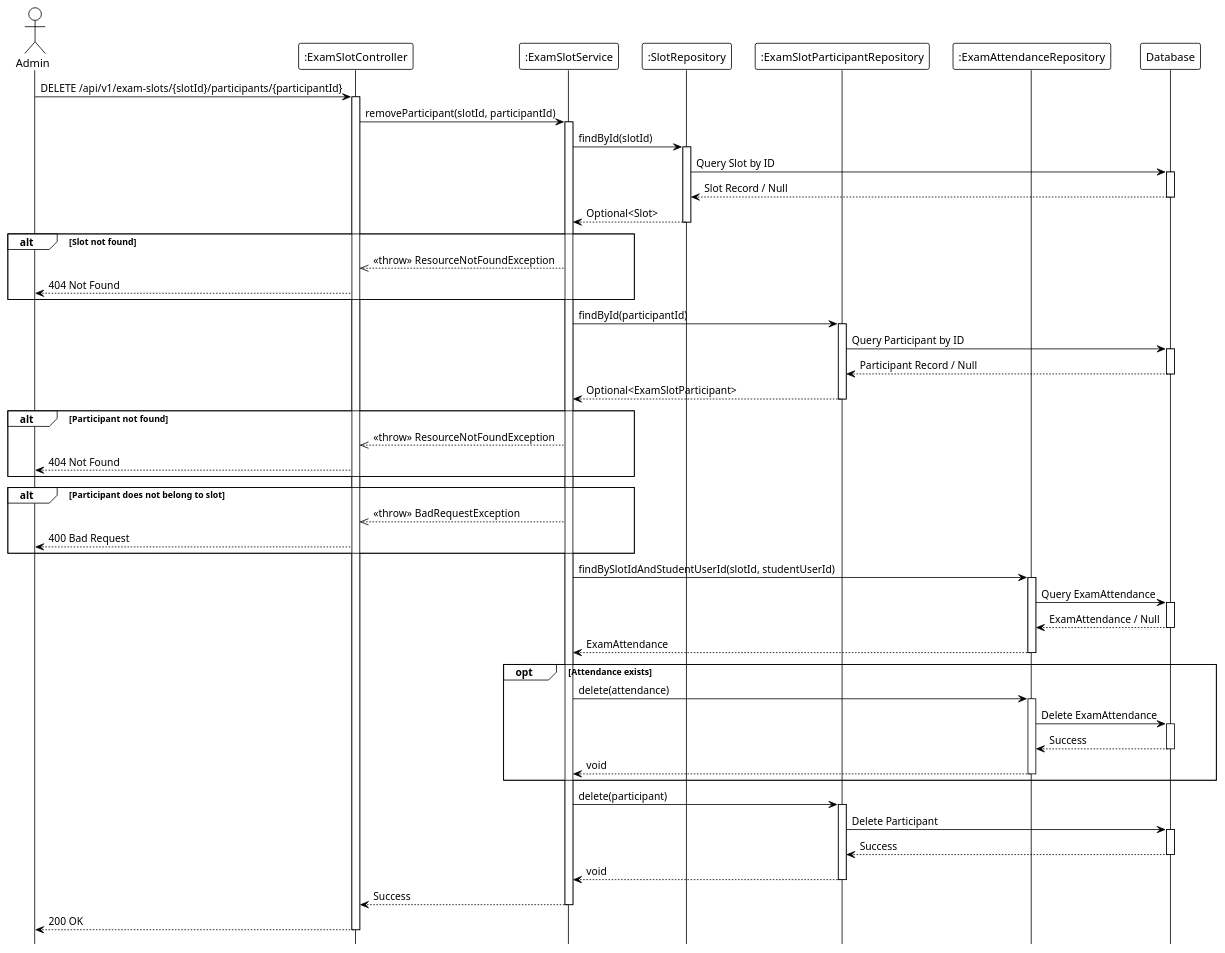
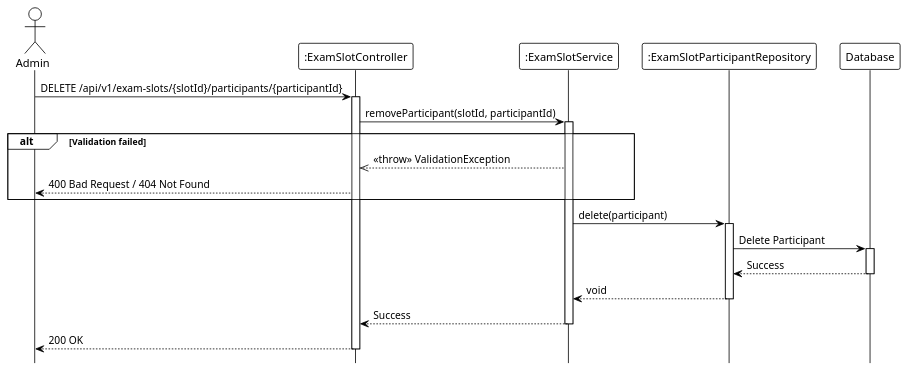
One commit to Ndh474/context changed the diagram in system_detailed_design/40_remove_participant_from_exam_slot/sequence_diagram_remove_participant_from_exam_slot.puml. Above: the diagram before and after it, drawn with PlantUML. The commit also changed 5 other files, not shown here.

First line of the commit message:
docs(diagrams): simplify exam slot participant management diagrams

```diff
--- a/system_detailed_design/40_remove_participant_from_exam_slot/sequence_diagram_remove_participant_from_exam_slot.puml
+++ b/system_detailed_design/40_remove_participant_from_exam_slot/sequence_diagram_remove_participant_from_exam_slot.puml
@@ -1,102 +1,42 @@
 @startuml remove_participant_from_exam_slot
 !theme plain
 hide footbox
 
 actor Admin
 participant ":ExamSlotController" as Controller
 participant ":ExamSlotService" as Service
-participant ":SlotRepository" as SlotRepo
-participant ":ExamSlotParticipantRepository" as ParticipantRepo
-participant ":ExamAttendanceRepository" as AttendanceRepo
+participant ":ExamSlotParticipantRepository" as Repository
 participant "Database" as DB
 
 ' --- MAIN FLOW ---
 Admin -> Controller: DELETE /api/v1/exam-slots/{slotId}/participants/{participantId}
 activate Controller
 
 Controller -> Service: removeParticipant(slotId, participantId)
 activate Service
 
-' --- VALIDATE SLOT ---
-Service -> SlotRepo: findById(slotId)
-activate SlotRepo
+' Validation logic (internal: slot/participant validation, delete exam attendance)
 
-SlotRepo -> DB: Query Slot by ID
+alt Validation failed
+    Service -->> Controller: <<throw>> ValidationException
+    Controller --> Admin: 400 Bad Request / 404 Not Found
+end
+
+Service -> Repository: delete(participant)
+activate Repository
+
+Repository -> DB: Delete Participant
 activate DB
-DB --> SlotRepo: Slot Record / Null
+DB --> Repository: Success
 deactivate DB
 
-SlotRepo --> Service: Optional<Slot>
-deactivate SlotRepo
-
-alt Slot not found
-    Service -->> Controller: <<throw>> ResourceNotFoundException
-    Controller --> Admin: 404 Not Found
-end
-
-' --- FIND PARTICIPANT ---
-Service -> ParticipantRepo: findById(participantId)
-activate ParticipantRepo
-
-ParticipantRepo -> DB: Query Participant by ID
-activate DB
-DB --> ParticipantRepo: Participant Record / Null
-deactivate DB
-
-ParticipantRepo --> Service: Optional<ExamSlotParticipant>
-deactivate ParticipantRepo
-
-alt Participant not found
-    Service -->> Controller: <<throw>> ResourceNotFoundException
-    Controller --> Admin: 404 Not Found
-end
-
-alt Participant does not belong to slot
-    Service -->> Controller: <<throw>> BadRequestException
-    Controller --> Admin: 400 Bad Request
-end
-
-' --- DELETE EXAM ATTENDANCE ---
-Service -> AttendanceRepo: findBySlotIdAndStudentUserId(slotId, studentUserId)
-activate AttendanceRepo
-
-AttendanceRepo -> DB: Query ExamAttendance
-activate DB
-DB --> AttendanceRepo: ExamAttendance / Null
-deactivate DB
-
-AttendanceRepo --> Service: ExamAttendance
-deactivate AttendanceRepo
-
-opt Attendance exists
-    Service -> AttendanceRepo: delete(attendance)
-    activate AttendanceRepo
-    
-    AttendanceRepo -> DB: Delete ExamAttendance
-    activate DB
-    DB --> AttendanceRepo: Success
-    deactivate DB
-    
-    AttendanceRepo --> Service: void
-    deactivate AttendanceRepo
-end
-
-' --- DELETE PARTICIPANT ---
-Service -> ParticipantRepo: delete(participant)
-activate ParticipantRepo
-
-ParticipantRepo -> DB: Delete Participant
-activate DB
-DB --> ParticipantRepo: Success
-deactivate DB
-
-ParticipantRepo --> Service: void
-deactivate ParticipantRepo
+Repository --> Service: void
+deactivate Repository
 
 Service --> Controller: Success
 deactivate Service
 
 Controller --> Admin: 200 OK
 deactivate Controller
 
 @enduml
```
